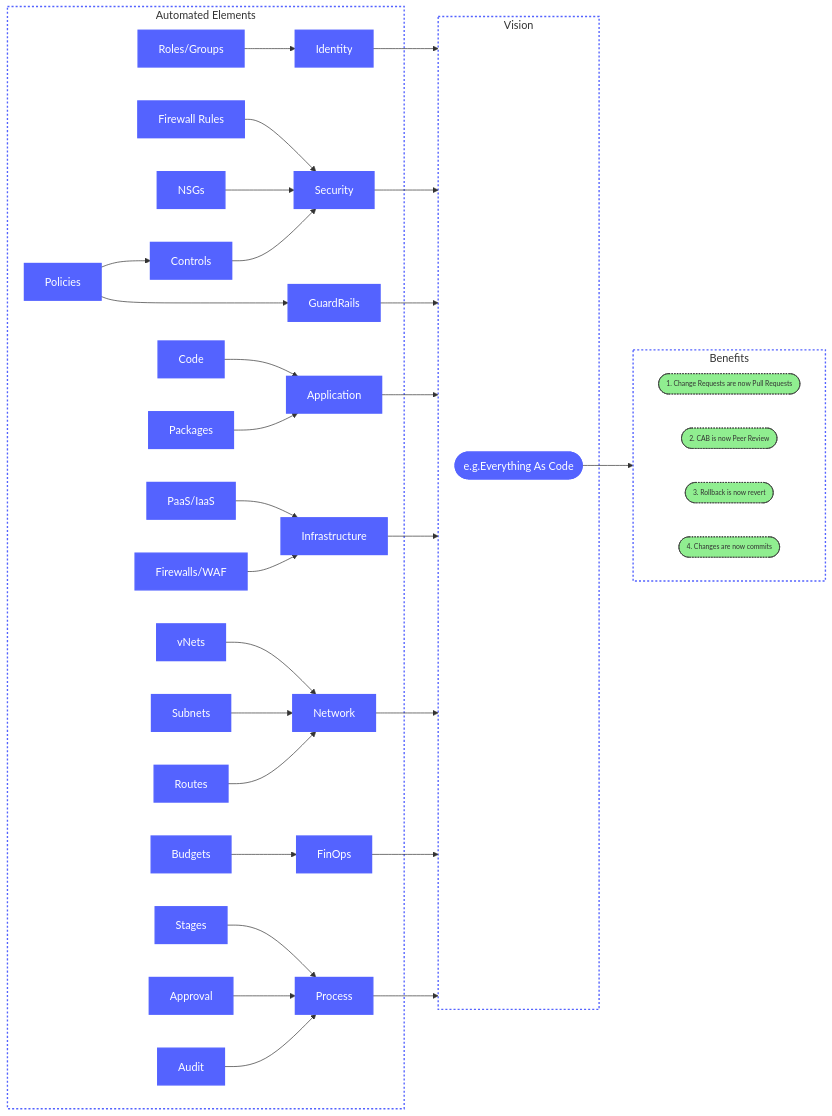
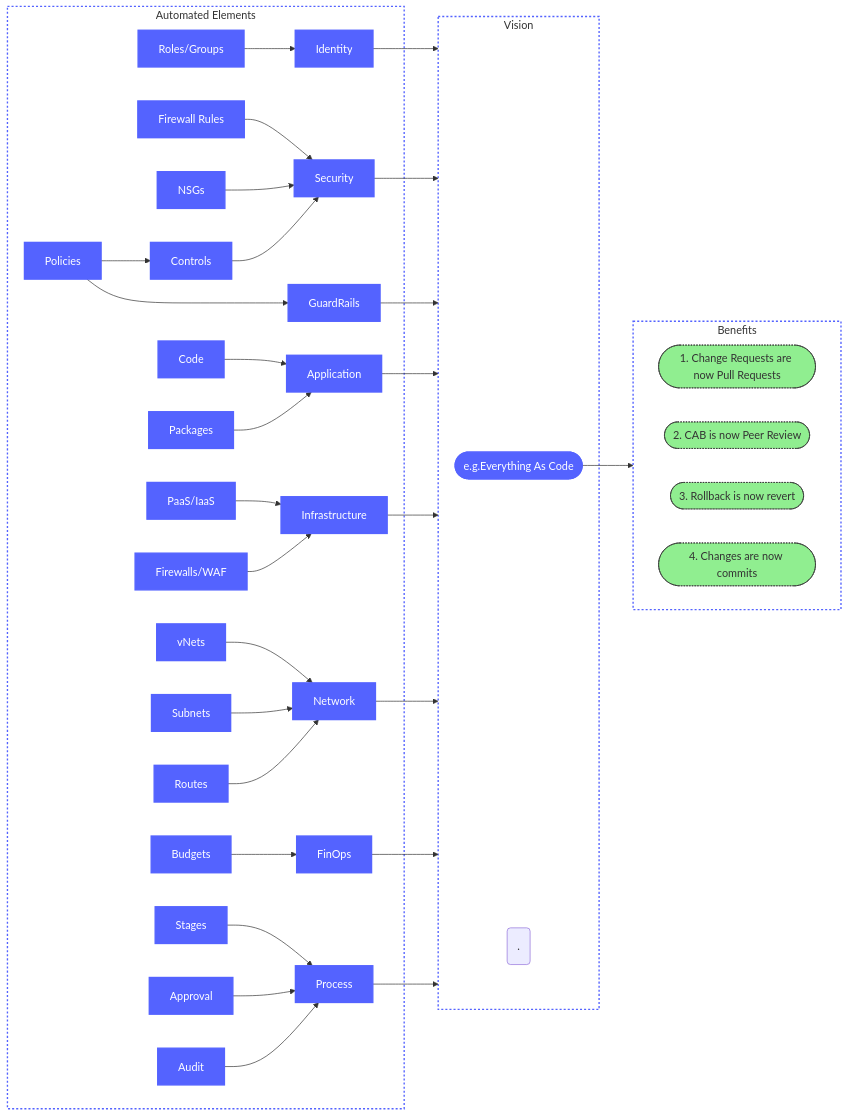
The diagram in strategy/DevOps Adoption.md (dermotreynolds/data.io.docs), drawn with Mermaid before and after one commit.

Commit message:
strategy

````diff
--- a/strategy/DevOps Adoption.md
+++ b/strategy/DevOps Adoption.md
@@ -13,61 +13,62 @@
 ```mermaid
 flowchart LR
     subgraph Vision
         1([e.g.Everything As Code])
+        999(.)
     end
 
     subgraph Automation[Automated Elements]
         1.1[Identity]
         1.1.1[Roles/Groups]-->1.1
         1.2[Security]
         1.2.1[Firewall Rules] --> 1.2
         1.2.2[NSGs] --> 1.2
         1.2.3[Controls] --> 1.2
         1.3[GuardRails]
         1.3.1[Policies] --> 1.3
         1.3.1[Policies] --> 1.2.3    
         1.5[Infrastructure]
         1.5.1[PaaS/IaaS]-->1.5
         1.5.2[Firewalls/WAF]-->1.5
         1.4[Application]
         1.4.1[Code]-->1.4
         1.4.2[Packages]-->1.4
         1.6[Network]
         1.6.1[vNets]-->1.6
         1.6.2[Subnets]-->1.6
         1.6.3[Routes]-->1.6
         1.7[FinOps]
         1.7.1[Budgets]-->1.7
         1.8[Process]
         1.8.1[Stages]-->1.8
         1.8.2[Approval]-->1.8
         1.8.3[Audit]-->1.8
     end
     
     1--> Benefits
     1.1 --> Vision
     1.2 --> Vision
     1.3 --> Vision
     1.4 --> Vision
     1.5 --> Vision
     1.6 --> Vision
     1.7 --> Vision
     1.8 --> Vision
 
     subgraph Benefits
         direction LR
         2.1([1. Change Requests are now Pull Requests])
         2.2([2. CAB is now Peer Review])
         2.3([3. Rollback is now revert])
         2.4([4. Changes are now commits])
     end
 
     class 1,1.1,1.2,1.3,1.4,1.5,1.6,1.7,1.8 DeviceClass
     class 1.1.1,1.2.1,1.2.2,1.2.3,1.2.4,1.3.1,1.4.1,1.4.2,1.5.1,1.5.2,1.6.1,1.6.2,1.6.3,1.7.1,1.8.1,1.8.2,1.8.3 DeviceClass
     class 2.1,2.2,2.3,2.4 GoodCalloutClass
     class Vision,Automation,Benefits GroupClass
     
     classDef DeviceClass fill:#5463FF,stroke:#5463FF, stroke-width:2px , font-size: 100%, color: white
     classDef GroupClass fill:#FFFFFF,stroke:#5463FF,stroke-width:2px, stroke-dasharray: 3
-    classDef GoodCalloutClass fill:#90EE90	,stroke:#333,stroke-width:1px , stroke-dasharray: 2,font-size: 10px
+    classDef GoodCalloutClass fill:#90EE90	,stroke:#333,stroke-width:1px , stroke-dasharray: 2
 ```
````
